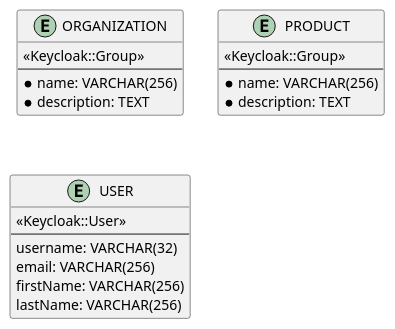
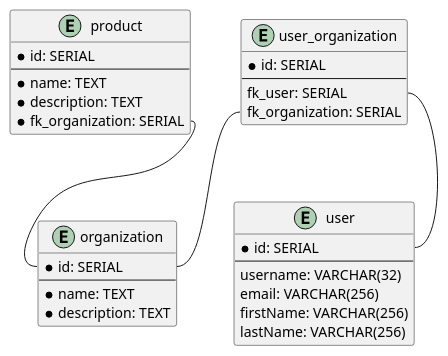
One commit to eclipse-apoapsis/ort-server changed the diagram in docs/db/db_customer.puml. Above: the diagram before and after it, drawn with PlantUML.

Commit message:
docs: Update customers database schema
As metadata of users, organizations and products will be stored in the
database, remove the Keycloak hint in the schema. Storing these values
in the database has the advantage that migrations of the models can be
simplified.
Model the relations accordingly.
While at it, replace the upper case column names with lower snake-case
notation as it is also used in the PostgreSQL documentation [1].

[1]: https://www.postgresql.org/docs/current/ddl-basics.html

```diff
--- a/docs/db/db_customer.puml
+++ b/docs/db/db_customer.puml
@@ -1,26 +1,39 @@
 @startuml
 
-entity ORGANIZATION {
-<<Keycloak::Group>>
+entity organization {
+* id: SERIAL
 --
-* name: VARCHAR(256)
+* name: TEXT
 * description: TEXT
 }
 
-entity PRODUCT {
-<<Keycloak::Group>>
+entity product {
+* id: SERIAL
 --
-* name: VARCHAR(256)
+* name: TEXT
 * description: TEXT
+* fk_organization: SERIAL
 }
 
-entity USER {
-<<Keycloak::User>>
+entity user {
+* id: SERIAL
 --
 username: VARCHAR(32)
 email: VARCHAR(256)
 firstName: VARCHAR(256)
 lastName: VARCHAR(256)
 }
 
+entity user_organization {
+* id: SERIAL
+--
+fk_user: SERIAL
+fk_organization: SERIAL
+}
+
+product::fk_organization -- organization::id
+
+user_organization::fk_organization -- organization::id
+user_organization::fk_user -- user::id
+
 @enduml
```
